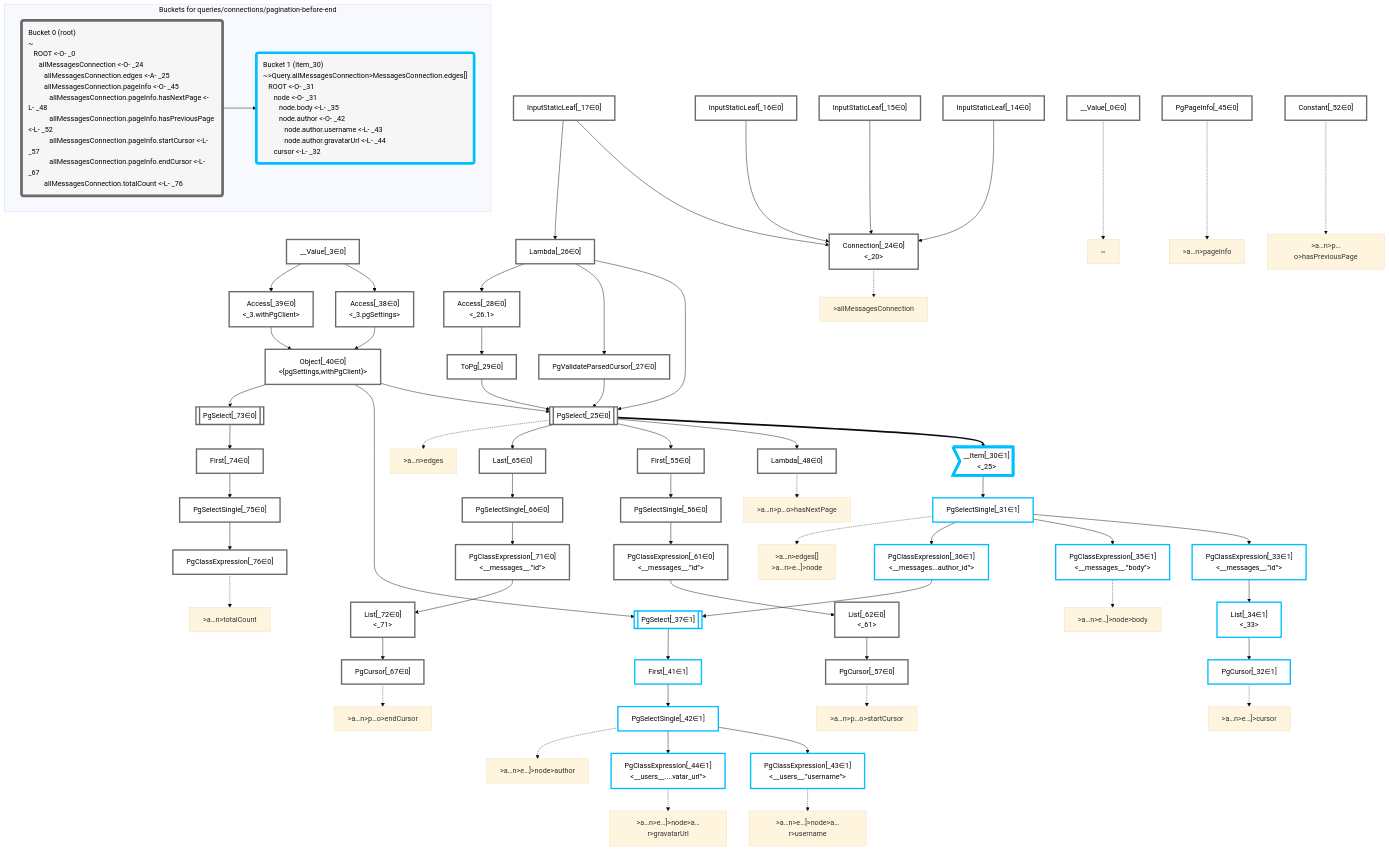
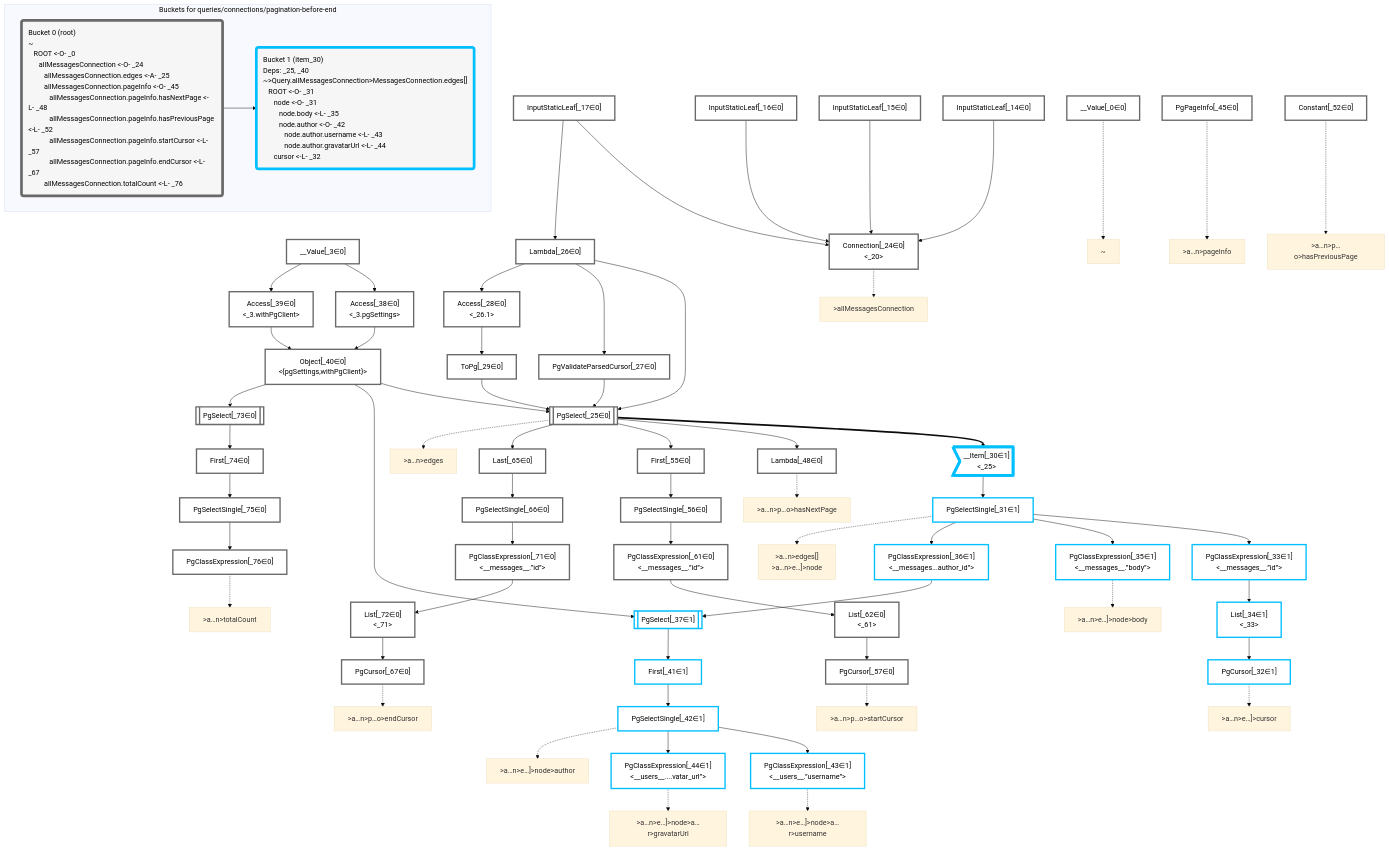
One commit to graphile/crystal changed the diagram in packages/dataplan-pg/__tests__/queries/connections/pagination-before-end.deopt.mermaid.md. Above: the diagram before and after it, drawn with Mermaid (base theme). The commit also changed 157 other files, not shown here.

Commit message:
Add deps to all query snapshots

```diff
--- a/packages/dataplan-pg/__tests__/queries/connections/pagination-before-end.deopt.mermaid.md
+++ b/packages/dataplan-pg/__tests__/queries/connections/pagination-before-end.deopt.mermaid.md
@@ -140,7 +140,7 @@
     subgraph "Buckets for queries/connections/pagination-before-end"
     Bucket0("Bucket 0 (root)<br />~<br />⠀ROOT <-O- _0<br />⠀⠀allMessagesConnection <-O- _24<br />⠀⠀⠀allMessagesConnection.edges <-A- _25<br />⠀⠀⠀allMessagesConnection.pageInfo <-O- _45<br />⠀⠀⠀⠀allMessagesConnection.pageInfo.hasNextPage <-L- _48<br />⠀⠀⠀⠀allMessagesConnection.pageInfo.hasPreviousPage <-L- _52<br />⠀⠀⠀⠀allMessagesConnection.pageInfo.startCursor <-L- _57<br />⠀⠀⠀⠀allMessagesConnection.pageInfo.endCursor <-L- _67<br />⠀⠀⠀allMessagesConnection.totalCount <-L- _76"):::bucket
     style Bucket0 stroke:#696969
-    Bucket1("Bucket 1 (item_30)<br />~>Query.allMessagesConnection>MessagesConnection.edges[]<br />⠀ROOT <-O- _31<br />⠀⠀node <-O- _31<br />⠀⠀⠀node.body <-L- _35<br />⠀⠀⠀node.author <-O- _42<br />⠀⠀⠀⠀node.author.username <-L- _43<br />⠀⠀⠀⠀node.author.gravatarUrl <-L- _44<br />⠀⠀cursor <-L- _32"):::bucket
+    Bucket1("Bucket 1 (item_30)<br />Deps: _25, _40<br />~>Query.allMessagesConnection>MessagesConnection.edges[]<br />⠀ROOT <-O- _31<br />⠀⠀node <-O- _31<br />⠀⠀⠀node.body <-L- _35<br />⠀⠀⠀node.author <-O- _42<br />⠀⠀⠀⠀node.author.username <-L- _43<br />⠀⠀⠀⠀node.author.gravatarUrl <-L- _44<br />⠀⠀cursor <-L- _32"):::bucket
     style Bucket1 stroke:#00bfff
     Bucket0 --> Bucket1
     end
```
